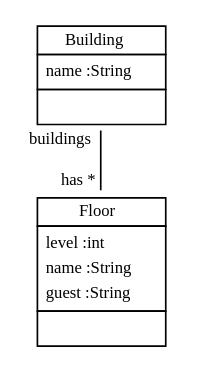
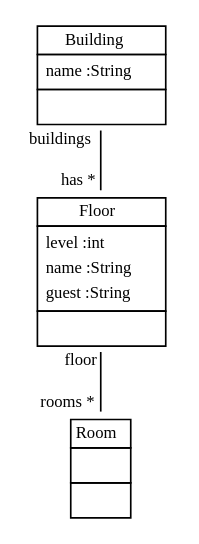
The diagram in doc/ManuallyImprovedLearnedClassDiag.dot (fujaba/SDMLib), drawn with Graphviz before and after one commit. The commit also changed 19 other files, not shown here.

```diff
--- a/doc/ManuallyImprovedLearnedClassDiag.dot
+++ b/doc/ManuallyImprovedLearnedClassDiag.dot
@@ -1,13 +1,15 @@
 
  digraph ClassDiagram {
     node [shape = none, fontsize = 10]; 
     edge [fontsize = 10];
     
     
     _Building [label=<<table border='0' cellborder='1' cellspacing='0'> <tr> <td HREF="../test/de/kassel/roombook/Building.java">Building</td> </tr> <tr><td><table border='0' cellborder='0' cellspacing='0'> <tr><td align='left'>name :String</td></tr>  </table></td></tr> <tr><td><table border='0' cellborder='0' cellspacing='0'> <tr><td> </td></tr> </table></td></tr> </table>>];
     _Floor [label=<<table border='0' cellborder='1' cellspacing='0'> <tr> <td HREF="../test/de/kassel/roombook/Floor.java">Floor</td> </tr> <tr><td><table border='0' cellborder='0' cellspacing='0'> <tr><td align='left'>level :int</td></tr> <tr><td align='left'>name :String</td></tr> <tr><td align='left'>guest :String</td></tr>  </table></td></tr> <tr><td><table border='0' cellborder='0' cellspacing='0'> <tr><td> </td></tr> </table></td></tr> </table>>];
+    _Room [label=<<table border='0' cellborder='1' cellspacing='0'> <tr> <td HREF="../test/de/kassel/roombook/Room.java">Room</td> </tr> <tr><td><table border='0' cellborder='0' cellspacing='0'> <tr><td> </td></tr> </table></td></tr> <tr><td><table border='0' cellborder='0' cellspacing='0'> <tr><td> </td></tr> </table></td></tr> </table>>];
     
     
     
     _Building -> _Floor [headlabel = "has *" taillabel = "buildings" arrowhead = "none" ];
+    _Floor -> _Room [headlabel = "rooms *" taillabel = "floor" arrowhead = "none" ];
 }
```
